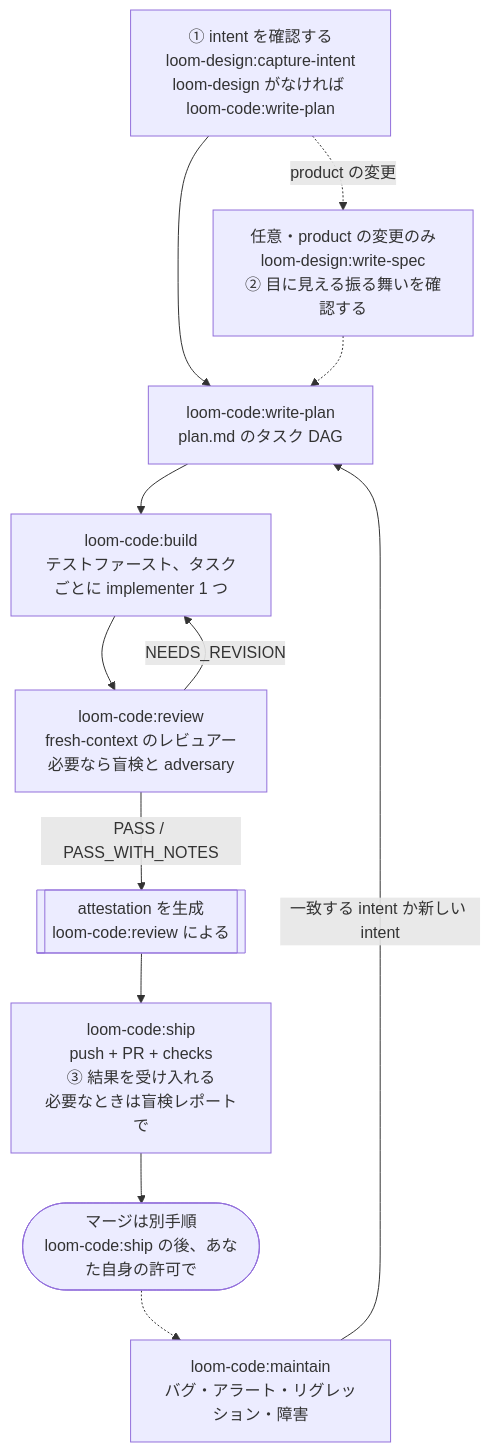
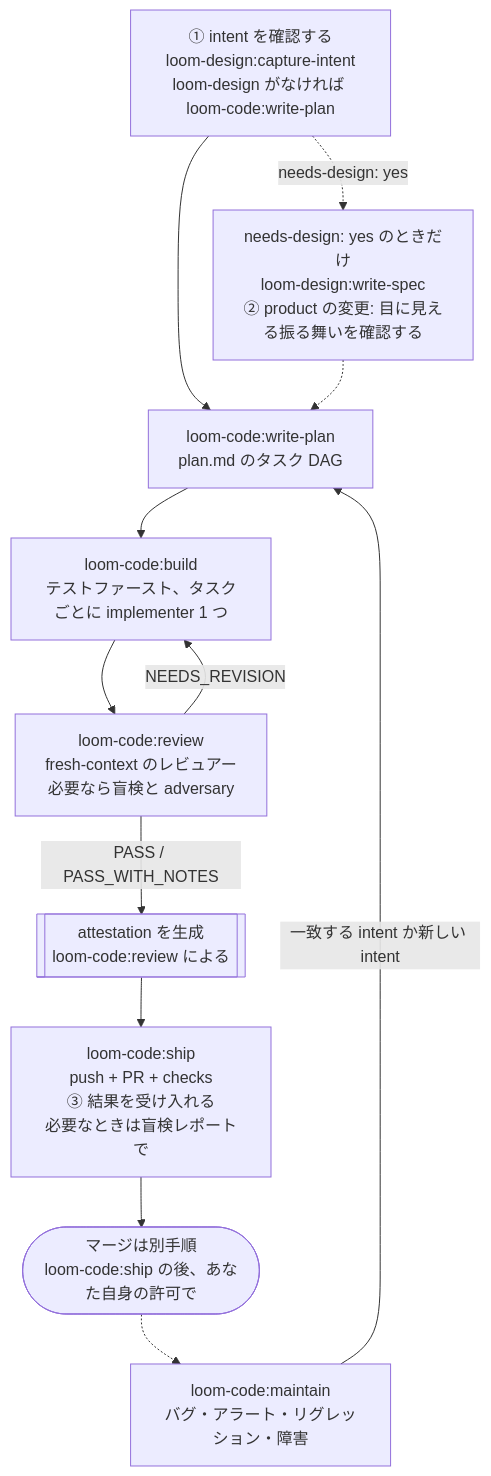
One commit to kouko/loom-plugins changed the diagram in loom-code/README.ja.md. Above: the diagram before and after it, drawn with Mermaid. The commit also changed other lines of this file and 8 other files, not shown here.

First line of the commit message:
docs(loom): fix spec gating and review nits in plugin READMEs

````diff
--- a/loom-code/README.ja.md
+++ b/loom-code/README.ja.md
@@ -19,24 +19,24 @@
 ```mermaid
 flowchart TD
     intent["① intent を確認する<br/>loom-design:capture-intent<br/>loom-design がなければ loom-code:write-plan"]
-    spec["任意・product の変更のみ<br/>loom-design:write-spec<br/>② 目に見える振る舞いを確認する"]
+    spec["needs-design: yes のときだけ<br/>loom-design:write-spec<br/>② product の変更: 目に見える振る舞いを確認する"]
     plan["loom-code:write-plan<br/>plan.md のタスク DAG"]
     build["loom-code:build<br/>テストファースト、タスクごとに implementer 1 つ"]
     review["loom-code:review<br/>fresh-context のレビュアー<br/>必要なら盲検と adversary"]
     attest[["attestation を生成<br/>loom-code:review による"]]
     ship["loom-code:ship<br/>push + PR + checks<br/>③ 結果を受け入れる<br/>必要なときは盲検レポートで"]
     merged(["マージは別手順<br/>loom-code:ship の後、あなた自身の許可で"])
     maintain["loom-code:maintain<br/>バグ・アラート・リグレッション・障害"]
 
     intent --> plan
-    intent -.->|"product の変更"| spec
+    intent -.->|"needs-design: yes"| spec
     spec -.-> plan
     plan --> build
     build --> review
     review -->|"NEEDS_REVISION"| build
     review -->|"PASS / PASS_WITH_NOTES"| attest
     attest --> ship
     ship --> merged
     merged -.-> maintain
     maintain -->|"一致する intent か新しい intent"| plan
 ```
````
